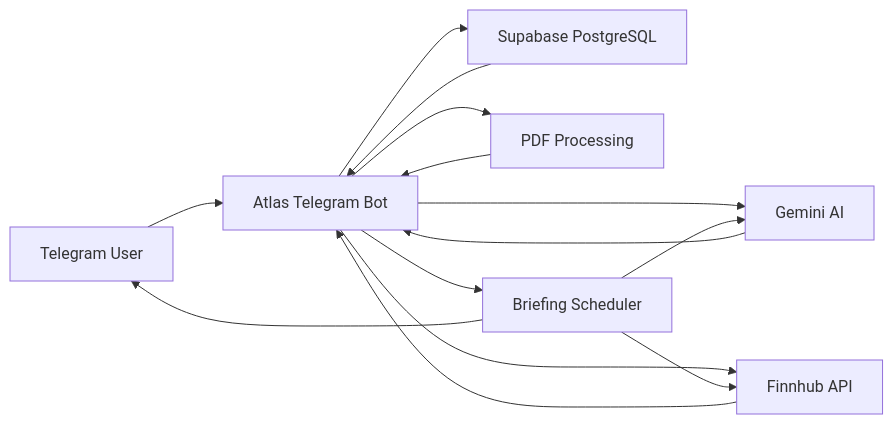
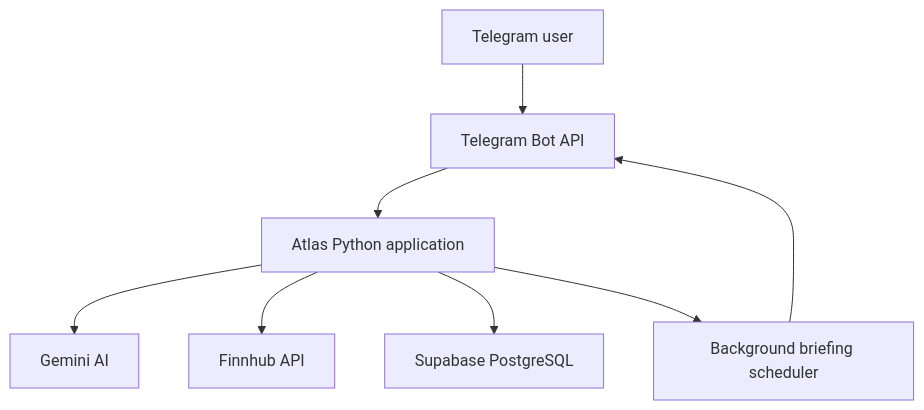
Before and after one commit to mdfurkanali/atlas-financial-assistant: the diagram in README.md, drawn with Mermaid. The commit also changed other lines of this file, not shown here.

````diff
--- a/README.md
+++ b/README.md
@@ -42,19 +121,10 @@
 ```mermaid
-flowchart LR
-    User[Telegram User] --> Bot[Atlas Telegram Bot]
-
-    Bot --> Gemini[Gemini AI]
-    Bot --> Finnhub[Finnhub API]
-    Bot --> Database[Supabase PostgreSQL]
-    Bot --> Documents[PDF Processing]
-    Bot --> Scheduler[Briefing Scheduler]
-
-    Scheduler --> Finnhub
-    Scheduler --> Gemini
-    Scheduler --> User
-
-    Gemini --> Bot
-    Finnhub --> Bot
-    Database --> Bot
-    Documents --> Bot
+flowchart TD
+    U[Telegram user] --> T[Telegram Bot API]
+    T --> A[Atlas Python application]
+    A --> G[Gemini AI]
+    A --> F[Finnhub API]
+    A --> S[Supabase PostgreSQL]
+    A --> J[Background briefing scheduler]
+    J --> T
 ```
````
